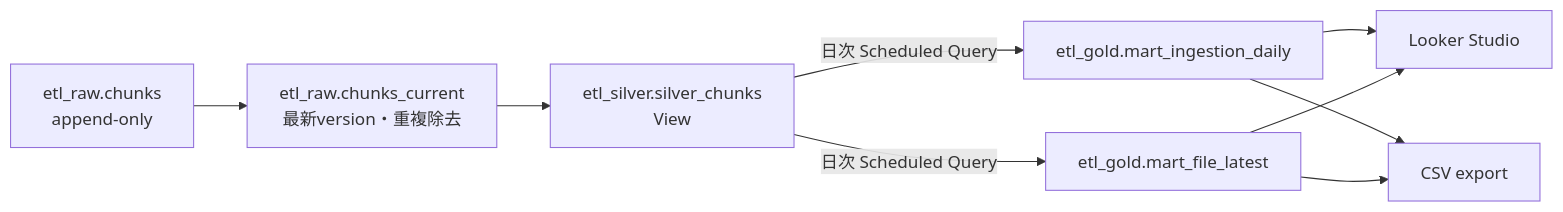
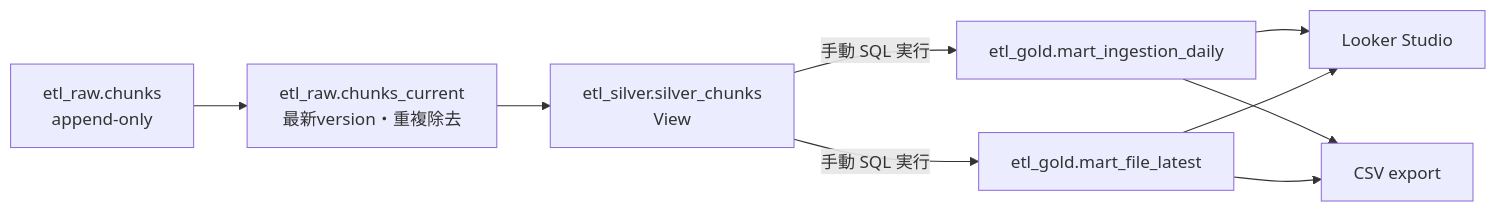
Before and after one commit to qei-2027-700/go-drive-etl: the diagram in docs/architecture.md, drawn with Mermaid. The commit also changed other lines of this file and 6 other files, not shown here.

Commit message:
fix(iac): replace scheduled Gold refresh with manual SQL (#106) (#107)

````diff
--- a/docs/architecture.md
+++ b/docs/architecture.md
@@ -152,11 +152,11 @@
 ```mermaid
 flowchart LR
   chunks["etl_raw.chunks\nappend-only"] --> current["etl_raw.chunks_current\n最新version・重複除去"]
   current --> silver["etl_silver.silver_chunks\nView"]
-  silver -->|"日次 Scheduled Query"| daily["etl_gold.mart_ingestion_daily"]
-  silver -->|"日次 Scheduled Query"| latest["etl_gold.mart_file_latest"]
+  silver -->|"手動 SQL 実行"| daily["etl_gold.mart_ingestion_daily"]
+  silver -->|"手動 SQL 実行"| latest["etl_gold.mart_file_latest"]
   daily --> looker["Looker Studio"]
   daily --> export["CSV export"]
   latest --> looker
   latest --> export
 ```
````
